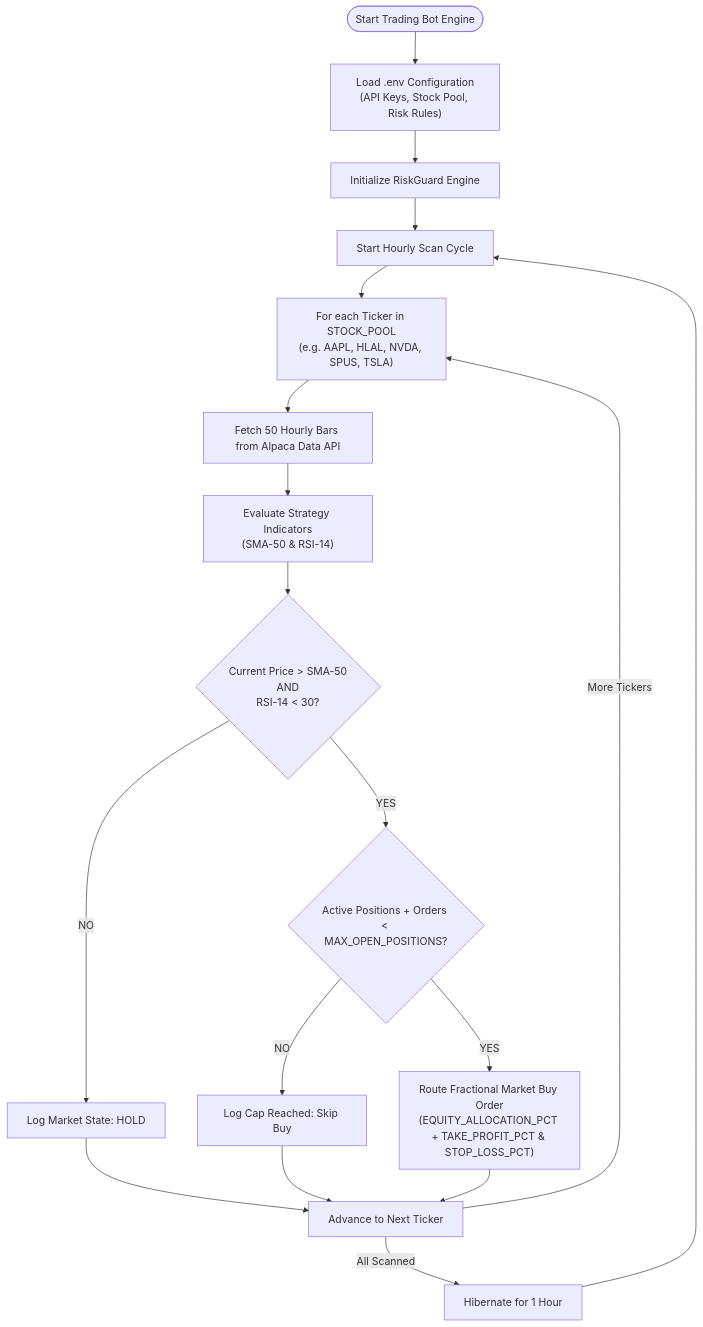
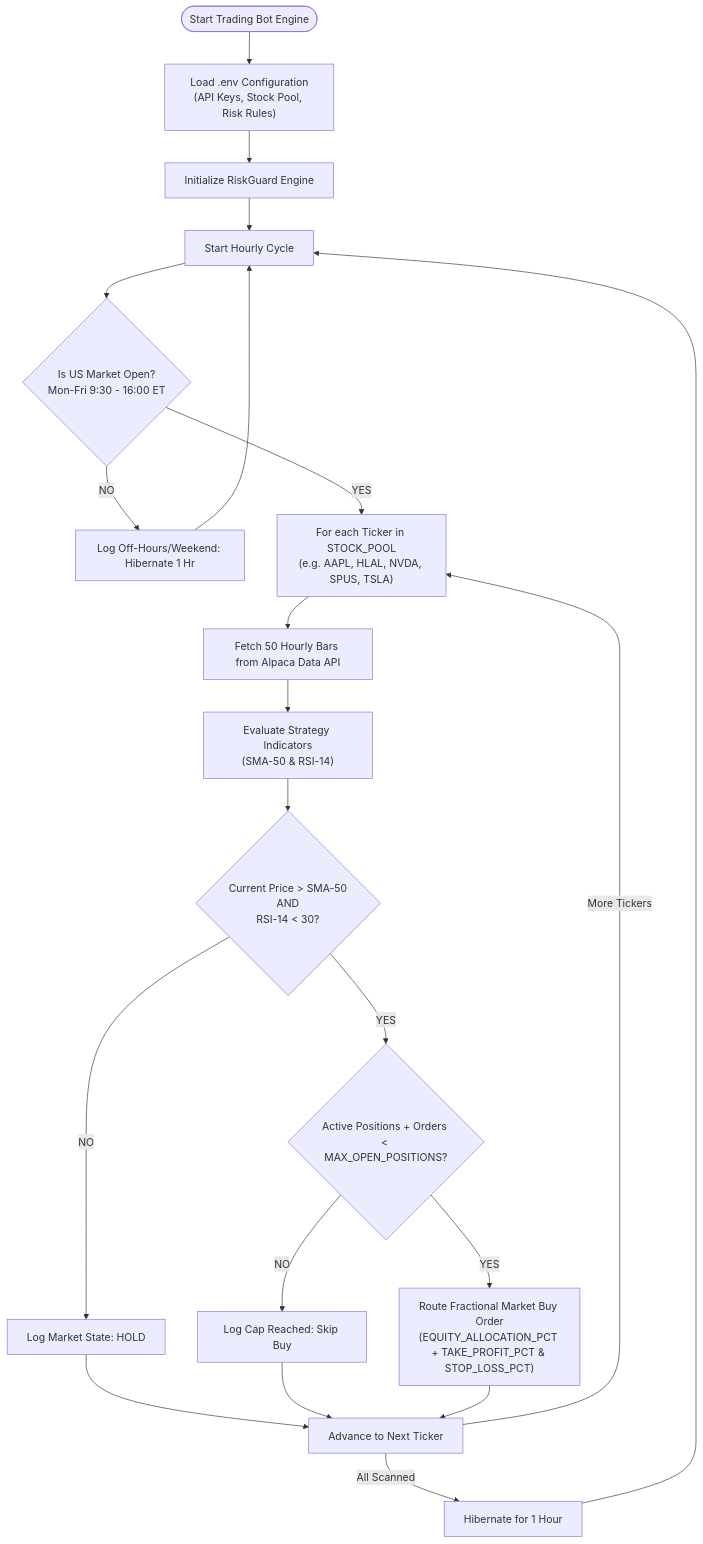
One commit to HaiqalHarona/go-tradingbot changed the second of 2 diagrams in README.md. Above: the diagram before and after it, drawn with Mermaid. The commit also changed other lines of this file and 6 other files, not shown here.

````diff
--- a/README.md
+++ b/README.md
@@ -54,26 +55,30 @@
 ```mermaid
 flowchart TD
     Start([Start Trading Bot Engine]) --> InitEnv["Load .env Configuration<br/>(API Keys, Stock Pool, Risk Rules)"]
     InitEnv --> InitRG[Initialize RiskGuard Engine]
-    InitRG --> LoopStart[Start Hourly Scan Cycle]
+    InitRG --> LoopStart[Start Hourly Cycle]
 
-    LoopStart --> ForEachTicker["For each Ticker in STOCK_POOL<br/>(e.g. AAPL, HLAL, NVDA, SPUS, TSLA)"]
+    LoopStart --> CheckMarket{Is US Market Open?<br/>Mon-Fri 9:30 - 16:00 ET}
+    CheckMarket -->|NO| OffHoursSleep[Log Off-Hours/Weekend: Hibernate 1 Hr]
+    OffHoursSleep --> LoopStart
+
+    CheckMarket -->|YES| ForEachTicker["For each Ticker in STOCK_POOL<br/>(e.g. AAPL, HLAL, NVDA, SPUS, TSLA)"]
     ForEachTicker --> FetchData[Fetch 50 Hourly Bars from Alpaca Data API]
     FetchData --> EvalStrategy["Evaluate Strategy Indicators<br/>(SMA-50 & RSI-14)"]
     
     EvalStrategy --> Decision{Current Price > SMA-50<br/>AND<br/>RSI-14 < 30?}
     
     Decision -->|NO| Hold[Log Market State: HOLD]
     Decision -->|YES| CheckCap{Active Positions + Orders < MAX_OPEN_POSITIONS?}
     
     CheckCap -->|NO| LimitReached[Log Cap Reached: Skip Buy]
     CheckCap -->|YES| PlaceOrder["Route Fractional Market Buy Order<br/>(EQUITY_ALLOCATION_PCT + TAKE_PROFIT_PCT & STOP_LOSS_PCT)"]
     
     Hold --> NextTicker[Advance to Next Ticker]
     LimitReached --> NextTicker
     PlaceOrder --> NextTicker
 
     NextTicker -->|More Tickers| ForEachTicker
     NextTicker -->|All Scanned| Sleep[Hibernate for 1 Hour]
     Sleep --> LoopStart
 ```
````
